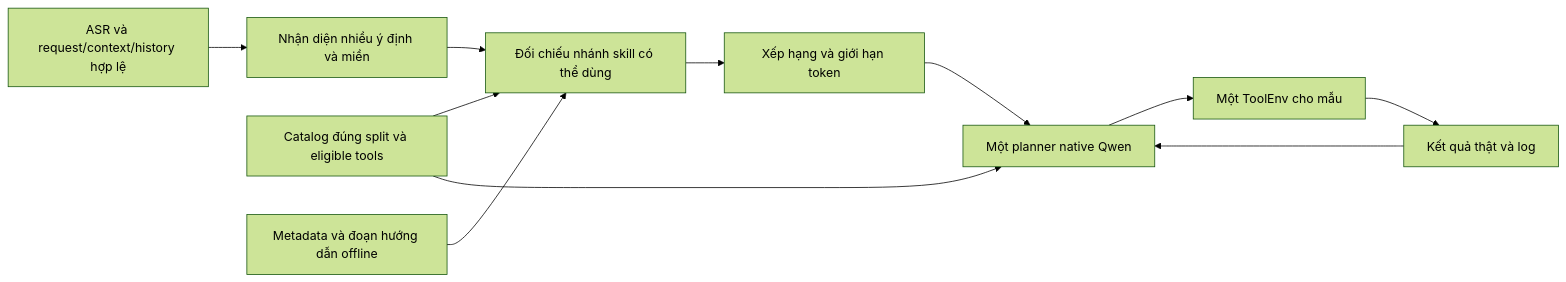
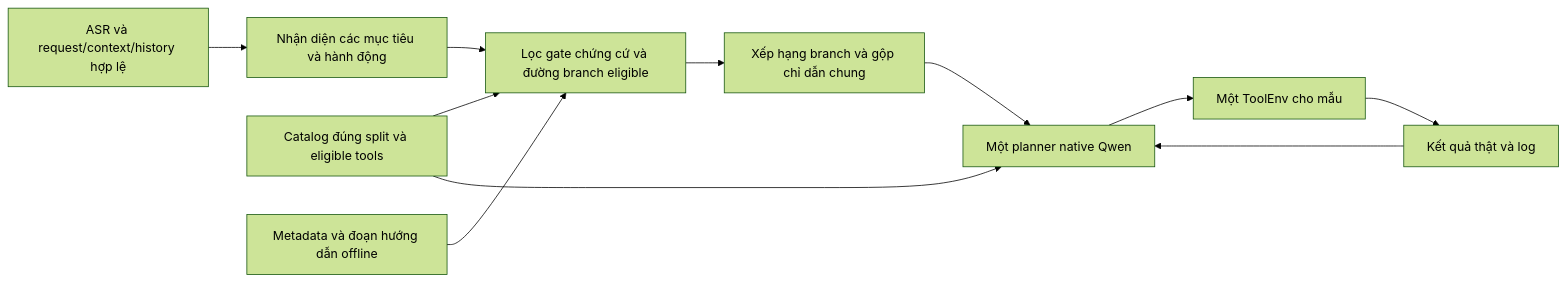
The diagram in docs/agent-harness/skill-retrieval-proposal.md (pminhtaiii/JarvisMate), drawn with Mermaid (forest theme) before and after one commit. The commit also changed other lines of this file and 5 other files, not shown here.

````diff
--- a/docs/agent-harness/skill-retrieval-proposal.md
+++ b/docs/agent-harness/skill-retrieval-proposal.md
@@ -11,13 +13,13 @@
 ```mermaid
 flowchart LR
-    A[ASR và request/context/history hợp lệ] --> B[Nhận diện nhiều ý định và miền]
-    C[Catalog đúng split và eligible tools] --> D[Đối chiếu nhánh skill có thể dùng]
+    A[ASR và request/context/history hợp lệ] --> B[Nhận diện các mục tiêu và hành động]
+    C[Catalog đúng split và eligible tools] --> D[Lọc gate chứng cứ và đường branch eligible]
     B --> D
     E[Metadata và đoạn hướng dẫn offline] --> D
-    D --> F[Xếp hạng và giới hạn token]
+    D --> F[Xếp hạng branch và gộp chỉ dẫn chung]
     F --> G[Một planner native Qwen]
     C --> G
     G --> H[Một ToolEnv cho mẫu]
     H --> I[Kết quả thật và log]
     I --> G
 ```
````
